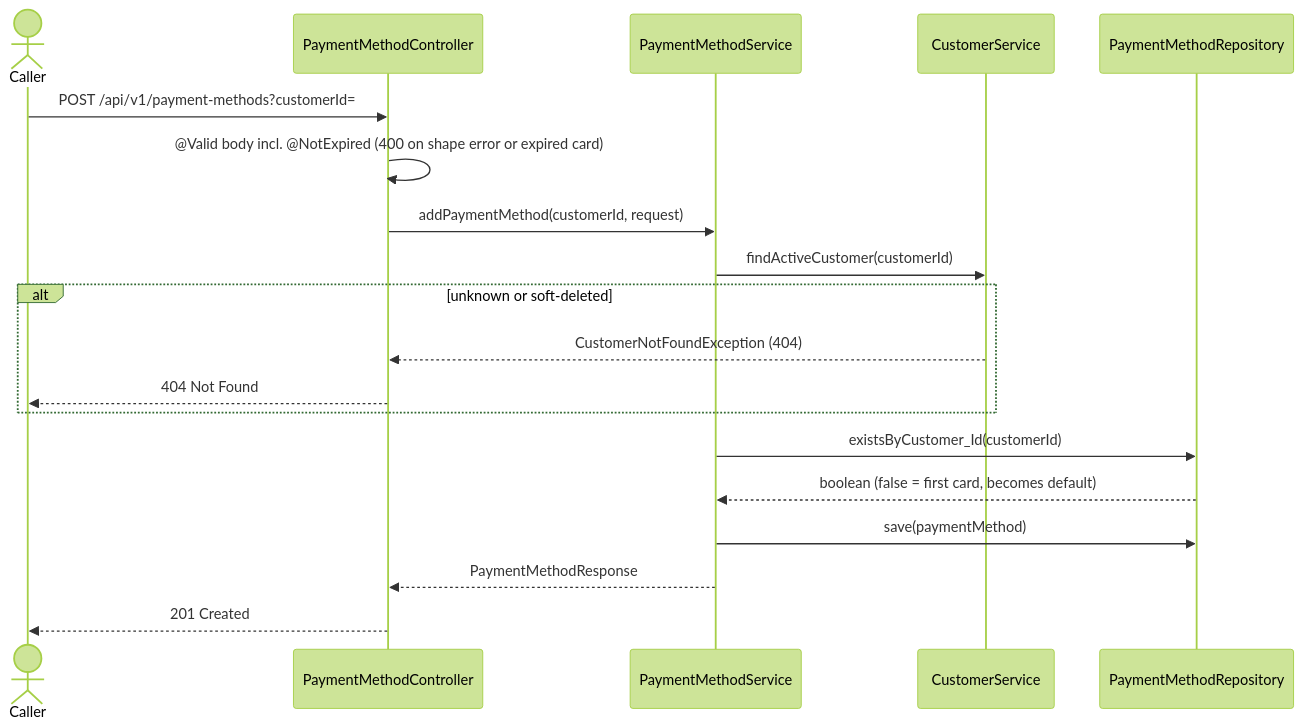
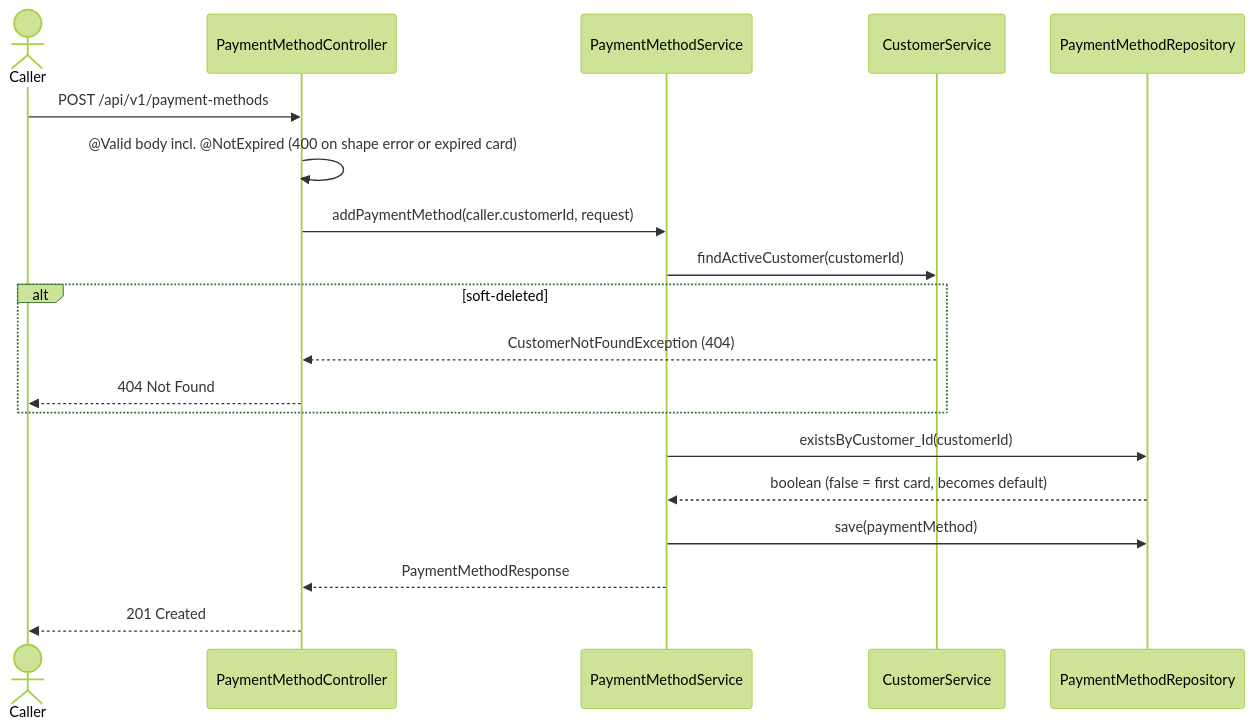
Before and after one commit to msmohammed0077-cmd/mentorship-restaurant: the first of 2 diagrams in restaurant/.docs/use-cases/customer-management/payment-methods/payment-methods.md, drawn with Mermaid (forest theme). The commit also changed other lines of this file and 25 other files, not shown here.

````diff
--- a/restaurant/.docs/use-cases/customer-management/payment-methods/payment-methods.md
+++ b/restaurant/.docs/use-cases/customer-management/payment-methods/payment-methods.md
@@ -243,22 +241,22 @@
 ```mermaid
 sequenceDiagram
     actor Caller
     participant C as PaymentMethodController
     participant H as PaymentMethodService
     participant CS as CustomerService
     participant PR as PaymentMethodRepository
 
-    Caller->>C: POST /api/v1/payment-methods?customerId=
+    Caller->>C: POST /api/v1/payment-methods
     C->>C: @Valid body incl. @NotExpired (400 on shape error or expired card)
-    C->>H: addPaymentMethod(customerId, request)
+    C->>H: addPaymentMethod(caller.customerId, request)
     H->>CS: findActiveCustomer(customerId)
-    alt unknown or soft-deleted
+    alt soft-deleted
         CS-->>C: CustomerNotFoundException (404)
         C-->>Caller: 404 Not Found
     end
     H->>PR: existsByCustomer_Id(customerId)
     PR-->>H: boolean (false = first card, becomes default)
     H->>PR: save(paymentMethod)
     H-->>C: PaymentMethodResponse
     C-->>Caller: 201 Created
 ```
````
